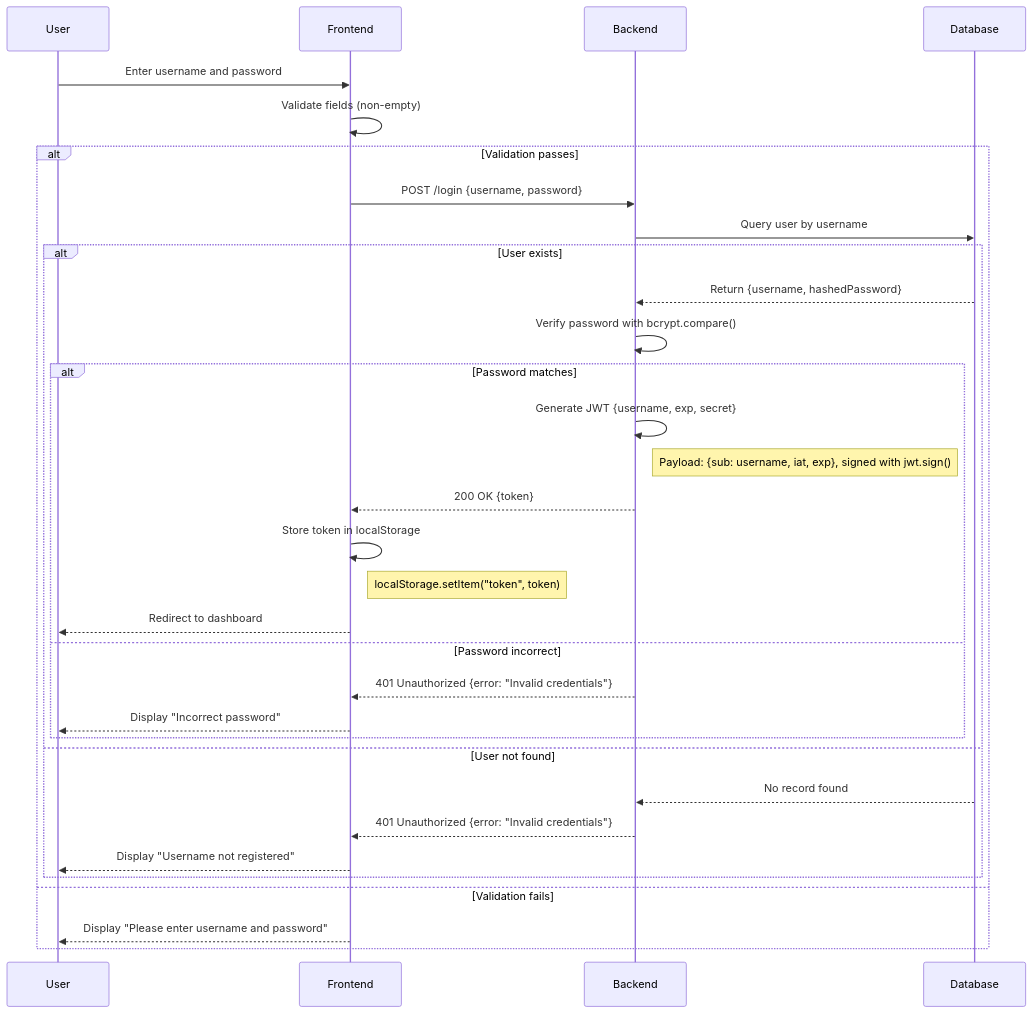
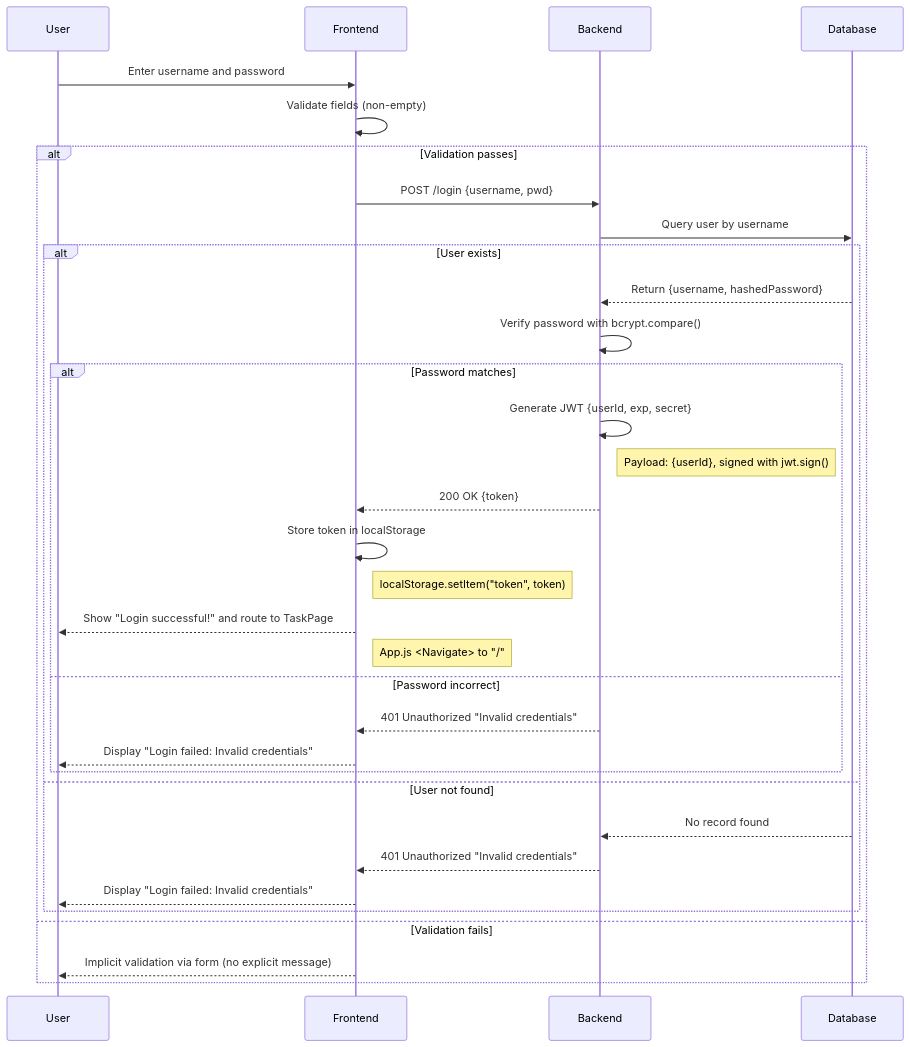
Before and after one commit to Lifsaa/TaskAdventure: the second of 3 diagrams in docs/auth-flows.md, drawn with Mermaid. The commit also changed other lines of this file, not shown here.

First line of the commit message:
Update auth-flows.md

````diff
--- a/docs/auth-flows.md
+++ b/docs/auth-flows.md
@@ -35,34 +36,35 @@
 ```mermaid
 sequenceDiagram
   participant U as User
   participant F as Frontend
   participant B as Backend
   participant D as Database
   U->>F: Enter username and password
   F->>F: Validate fields (non-empty)
   alt Validation passes
-    F->>B: POST /login {username, password}
+    F->>B: POST /login {username, pwd}
     B->>D: Query user by username
     alt User exists
       D-->>B: Return {username, hashedPassword}
       B->>B: Verify password with bcrypt.compare()
       alt Password matches
-        B->>B: Generate JWT {username, exp, secret}
-        Note right of B: Payload: {sub: username, iat, exp}, signed with jwt.sign()
+        B->>B: Generate JWT {userId, exp, secret}
+        Note right of B: Payload: {userId}, signed with jwt.sign()
         B-->>F: 200 OK {token}
         F->>F: Store token in localStorage
         Note right of F: localStorage.setItem("token", token)
-        F-->>U: Redirect to dashboard
+        F-->>U: Show "Login successful!" and route to TaskPage
+        Note right of F: App.js <Navigate> to "/"
       else Password incorrect
-        B-->>F: 401 Unauthorized {error: "Invalid credentials"}
-        F-->>U: Display "Incorrect password"
+        B-->>F: 401 Unauthorized "Invalid credentials"
+        F-->>U: Display "Login failed: Invalid credentials"
       end
     else User not found
       D-->>B: No record found
-      B-->>F: 401 Unauthorized {error: "Invalid credentials"}
-      F-->>U: Display "Username not registered"
+      B-->>F: 401 Unauthorized "Invalid credentials"
+      F-->>U: Display "Login failed: Invalid credentials"
     end
   else Validation fails
-    F-->>U: Display "Please enter username and password"
+    F-->>U: Implicit validation via form (no explicit message)
   end
 ```
````
